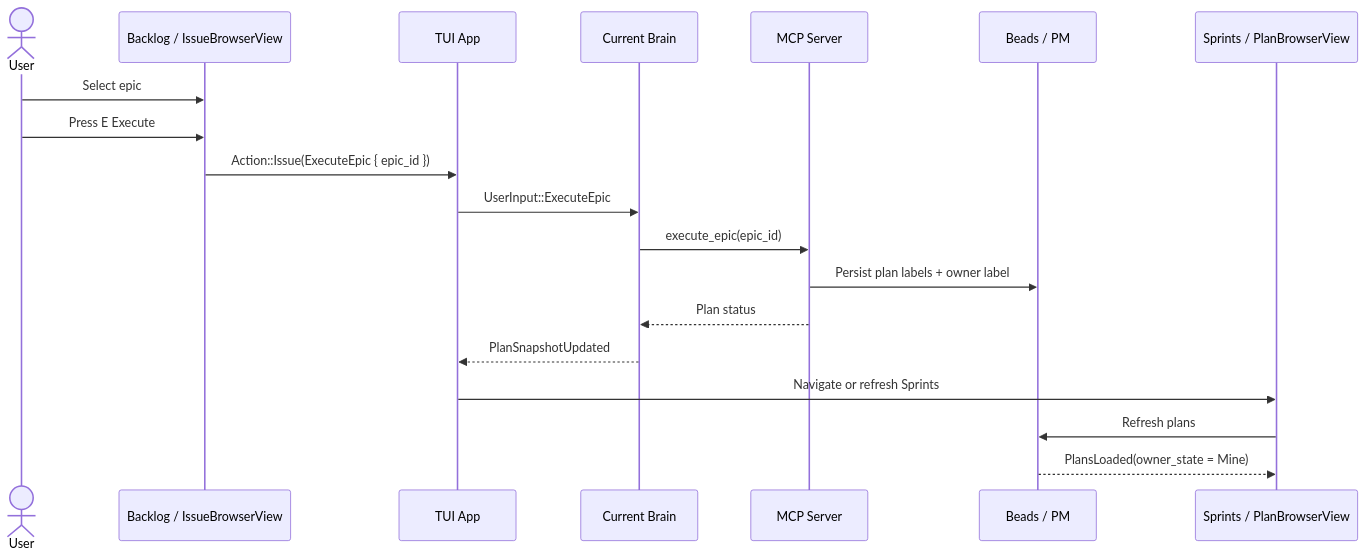
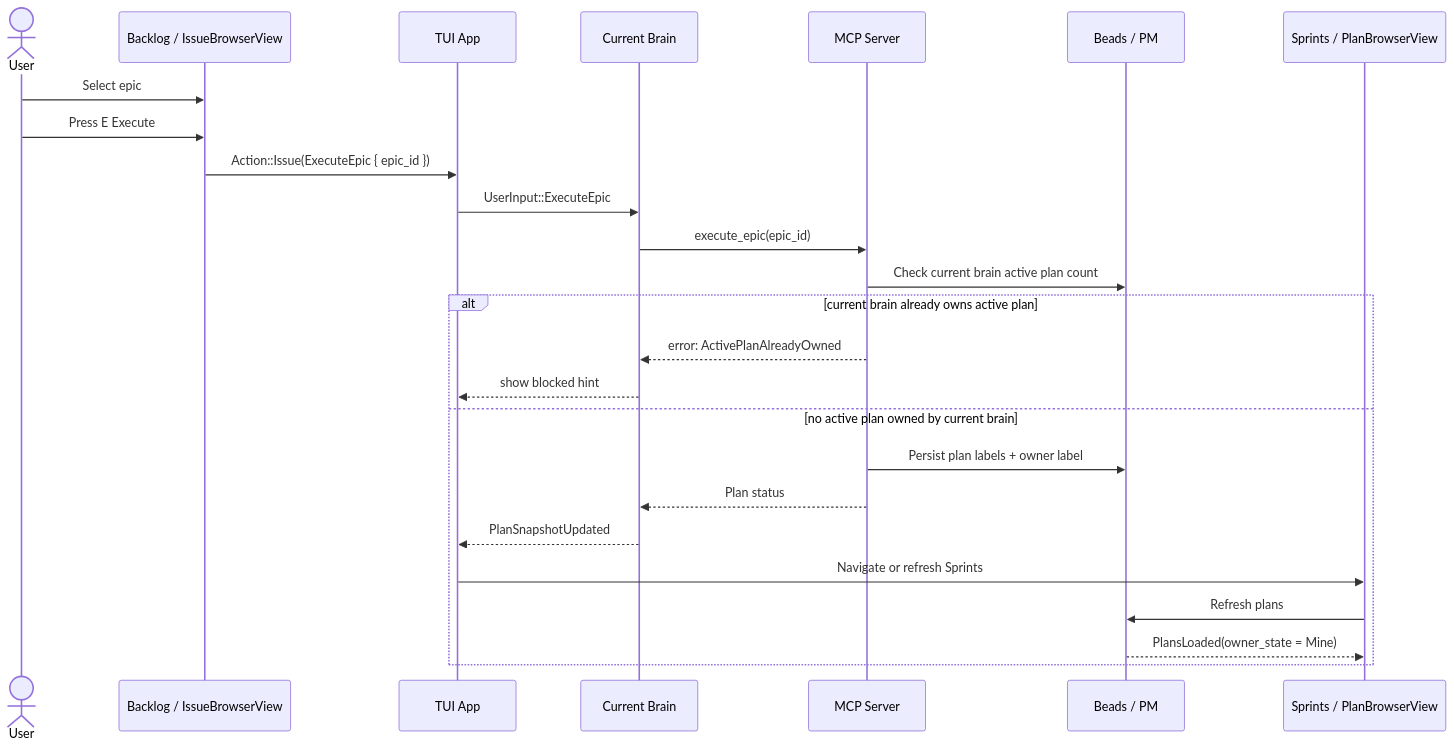
One commit to getspur/spur changed the second of 9 diagrams in docs/superpowers/specs/2026-05-02-tui-backlog-sprints-sprint-navigation-design.md. Above: the diagram before and after it, drawn with Mermaid. The commit also changed other lines of this file, not shown here.

Commit message:
docs(spur-tui): enforce one active sprint per brain

````diff
--- a/docs/superpowers/specs/2026-05-02-tui-backlog-sprints-sprint-navigation-design.md
+++ b/docs/superpowers/specs/2026-05-02-tui-backlog-sprints-sprint-navigation-design.md
@@ -264,22 +302,28 @@
 ```mermaid
 sequenceDiagram
     actor U as User
     participant B as Backlog / IssueBrowserView
     participant App as TUI App
     participant Brain as Current Brain
     participant MCP as MCP Server
     participant PM as Beads / PM
     participant S as Sprints / PlanBrowserView
 
     U->>B: Select epic
     U->>B: Press E Execute
     B->>App: Action::Issue(ExecuteEpic { epic_id })
     App->>Brain: UserInput::ExecuteEpic
     Brain->>MCP: execute_epic(epic_id)
+    MCP->>PM: Check current brain active plan count
+    alt current brain already owns active plan
+        MCP-->>Brain: error: ActivePlanAlreadyOwned
+        Brain-->>App: show blocked hint
+    else no active plan owned by current brain
     MCP->>PM: Persist plan labels + owner label
     MCP-->>Brain: Plan status
     Brain-->>App: PlanSnapshotUpdated
     App->>S: Navigate or refresh Sprints
     S->>PM: Refresh plans
     PM-->>S: PlansLoaded(owner_state = Mine)
+    end
 ```
````
